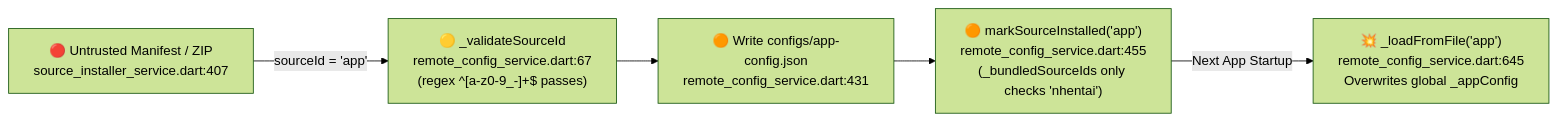
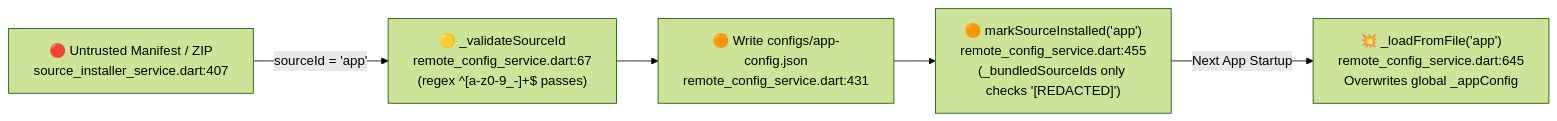
Before and after one commit to shirokun20/kuron-security: the second of 2 diagrams in README.md, drawn with Mermaid (forest theme). The commit also changed other lines of this file and 3 other files, not shown here.

````diff
--- a/README.md
+++ b/README.md
@@ -157,7 +157,7 @@
 ```mermaid
 flowchart LR
     src["🔴 Untrusted Manifest / ZIP<br/>source_installer_service.dart:407"] -->|"sourceId = 'app'"| val["🟡 _validateSourceId<br/>remote_config_service.dart:67<br/>(regex ^[a-z0-9_-]+$ passes)"]
     val --> write["🟠 Write configs/app-config.json<br/>remote_config_service.dart:431"]
-    write --> mark["🟠 markSourceInstalled('app')<br/>remote_config_service.dart:455<br/>(_bundledSourceIds only checks 'nhentai')"]
+    write --> mark["🟠 markSourceInstalled('app')<br/>remote_config_service.dart:455<br/>(_bundledSourceIds only checks '[REDACTED]')"]
     mark -->|"Next App Startup"| sink["💥 _loadFromFile('app')<br/>remote_config_service.dart:645<br/>Overwrites global _appConfig"]
 ```
````
